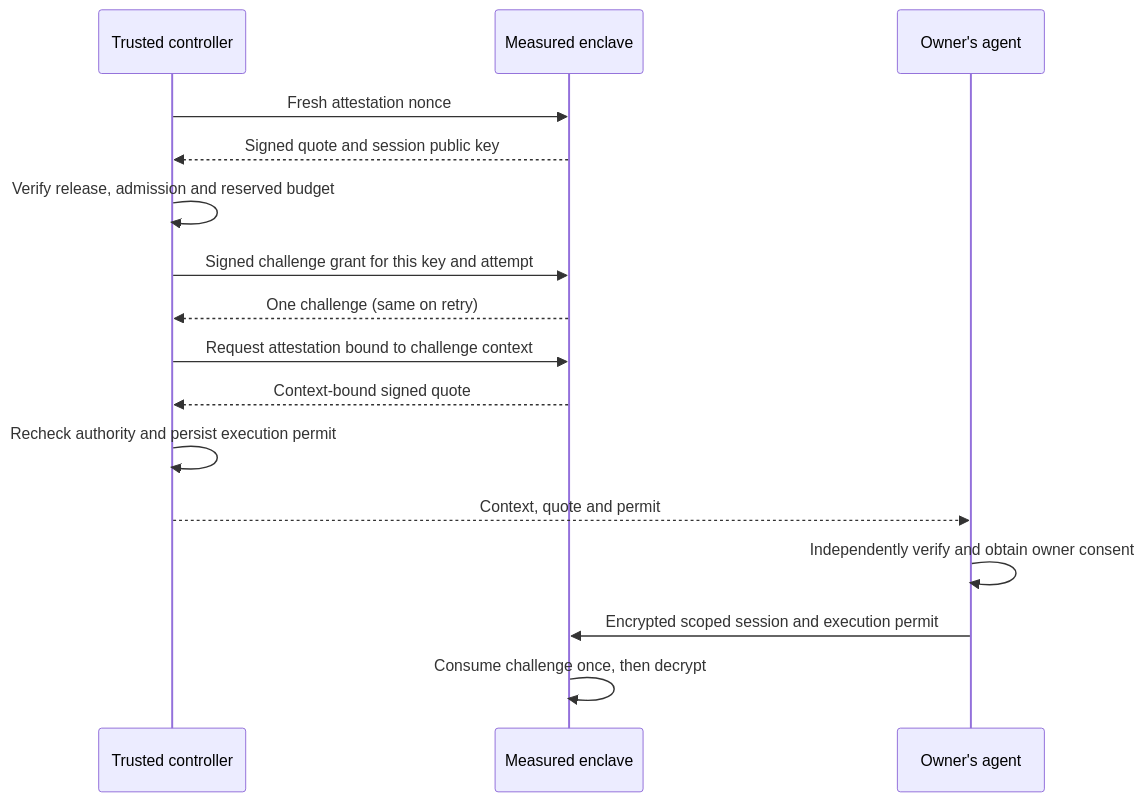
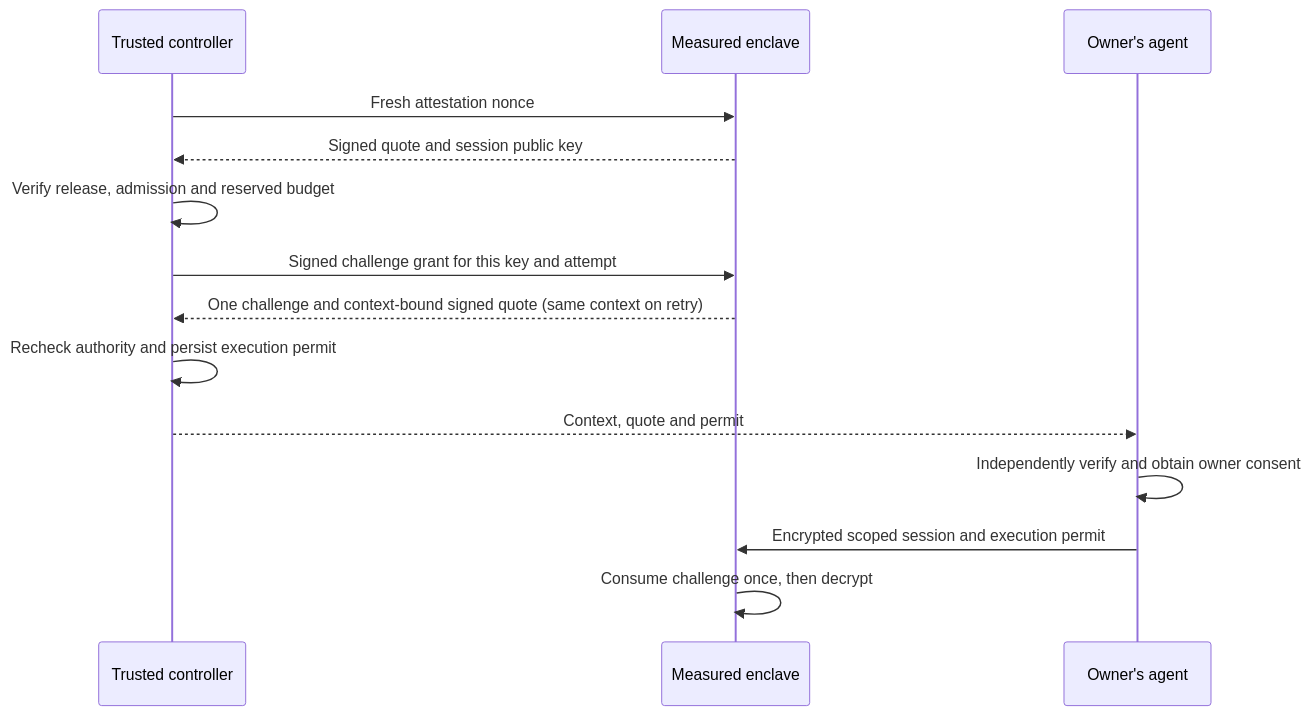
The second of 2 diagrams in docs/verification.md (0xSachinK/openplaid), drawn with Mermaid before and after one commit. The commit also changed other lines of this file and 6 other files, not shown here.

````diff
--- a/docs/verification.md
+++ b/docs/verification.md
@@ -389,18 +389,16 @@
 ```mermaid
 sequenceDiagram
   participant C as Trusted controller
   participant E as Measured enclave
   participant U as Owner's agent
   C->>E: Fresh attestation nonce
   E-->>C: Signed quote and session public key
   C->>C: Verify release, admission and reserved budget
   C->>E: Signed challenge grant for this key and attempt
-  E-->>C: One challenge (same on retry)
-  C->>E: Request attestation bound to challenge context
-  E-->>C: Context-bound signed quote
+  E-->>C: One challenge and context-bound signed quote (same context on retry)
   C->>C: Recheck authority and persist execution permit
   C-->>U: Context, quote and permit
   U->>U: Independently verify and obtain owner consent
   U->>E: Encrypted scoped session and execution permit
   E->>E: Consume challenge once, then decrypt
 ```
````
